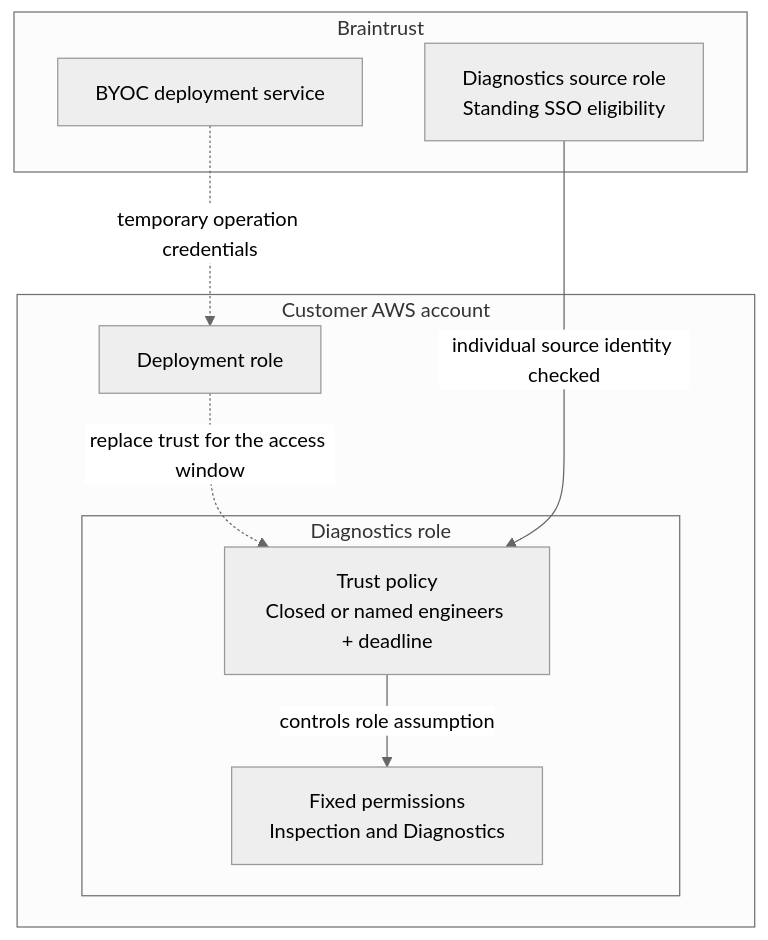
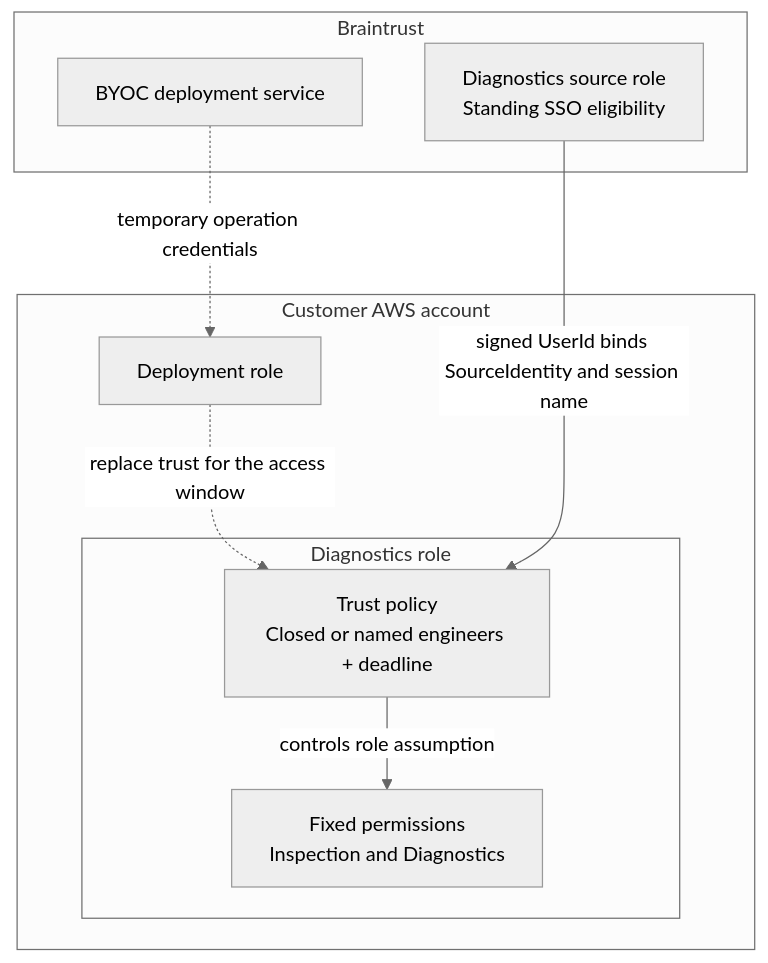
The diagram in managed-byoc-v2/diagnostics.md (braintrustdata/terraform-aws-braintrust-data-plane), drawn with Mermaid (neutral theme) before and after one commit. The commit also changed other lines of this file and 15 other files, not shown here.

````diff
--- a/managed-byoc-v2/diagnostics.md
+++ b/managed-byoc-v2/diagnostics.md
@@ -36,18 +37,18 @@
 ```mermaid
 flowchart TB
     subgraph BT[Braintrust]
         S["Diagnostics source role<br/>Standing SSO eligibility"]
         B[BYOC deployment service]
     end
     subgraph CUSTOMER[Customer AWS account]
         D[Deployment role]
         subgraph G[Diagnostics role]
             T["Trust policy<br/>Closed or named engineers + deadline"]
             P["Fixed permissions<br/>Inspection and Diagnostics"]
             T -->|controls role assumption| P
         end
     end
     B -.->|temporary operation credentials| D
     D -.->|replace trust for the access window| T
-    S -->|individual source identity checked| T
+    S -->|signed UserId binds SourceIdentity and session name| T
 ```
````
